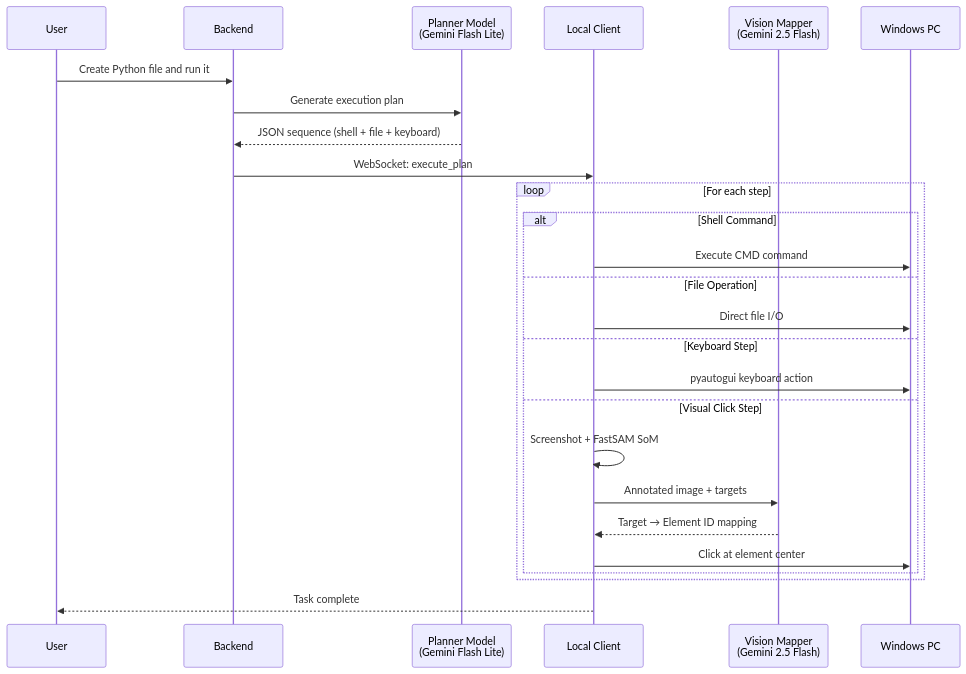
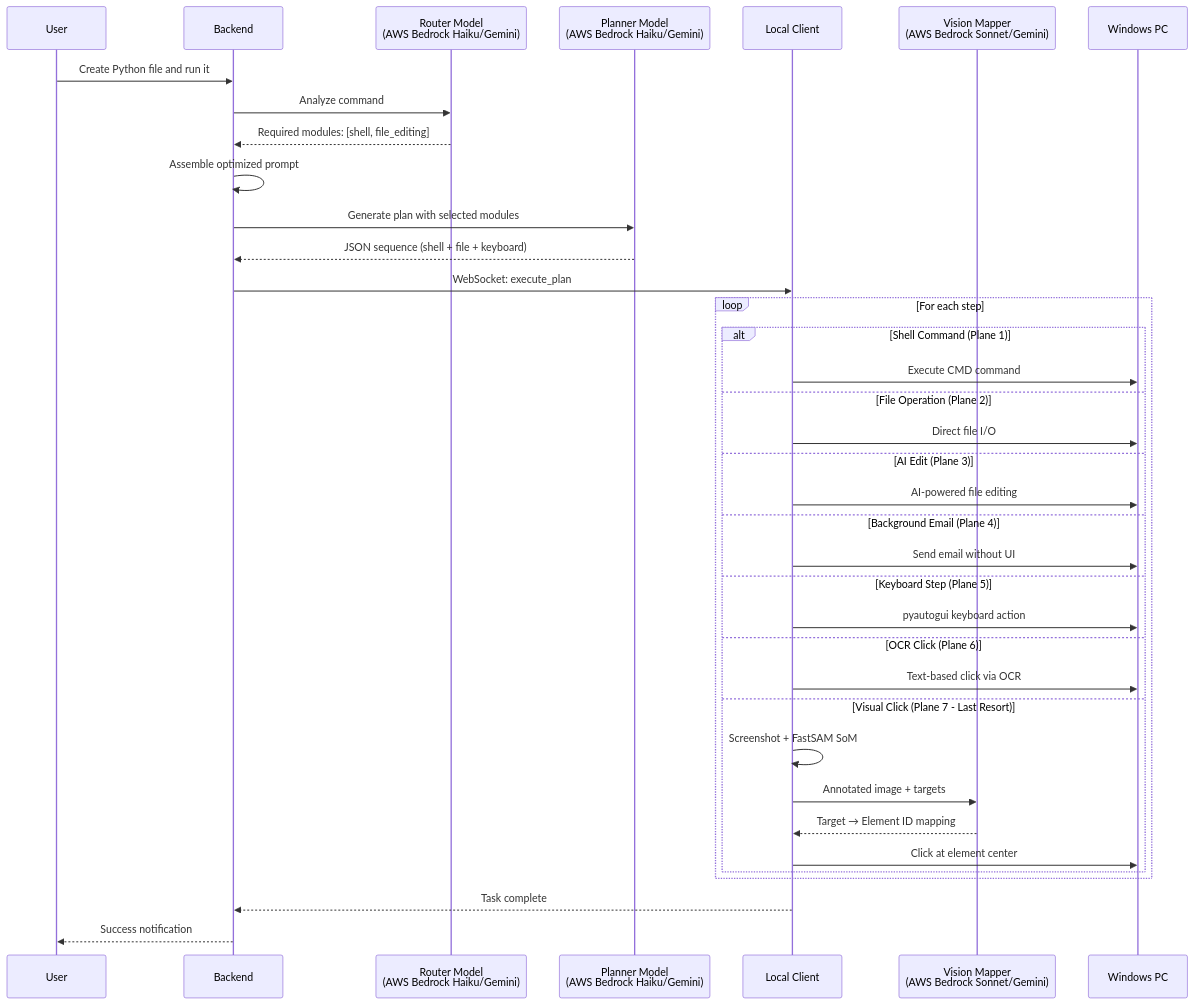
The second of 7 diagrams in README.md (Bada-Don/Jarvis), drawn with Mermaid before and after one commit. The commit also changed other lines of this file and 16 other files, not shown here.

````diff
--- a/README.md
+++ b/README.md
@@ -53,32 +69,43 @@
 ```mermaid
 sequenceDiagram
     participant User
     participant Backend
-    participant Planner as Planner Model<br/>(Gemini Flash Lite)
+    participant Router as Router Model<br/>(AWS Bedrock Haiku/Gemini)
+    participant Planner as Planner Model<br/>(AWS Bedrock Haiku/Gemini)
     participant Client as Local Client
-    participant Vision as Vision Mapper<br/>(Gemini 2.5 Flash)
+    participant Vision as Vision Mapper<br/>(AWS Bedrock Sonnet/Gemini)
     participant PC as Windows PC
 
     User->>Backend: Create Python file and run it
-    Backend->>Planner: Generate execution plan
+    Backend->>Router: Analyze command
+    Router-->>Backend: Required modules: [shell, file_editing]
+    Backend->>Backend: Assemble optimized prompt
+    Backend->>Planner: Generate plan with selected modules
     Planner-->>Backend: JSON sequence (shell + file + keyboard)
     Backend->>Client: WebSocket: execute_plan
     
     loop For each step
-        alt Shell Command
+        alt Shell Command (Plane 1)
             Client->>PC: Execute CMD command
-        else File Operation
+        else File Operation (Plane 2)
             Client->>PC: Direct file I/O
-        else Keyboard Step
+        else AI Edit (Plane 3)
+            Client->>PC: AI-powered file editing
+        else Background Email (Plane 4)
+            Client->>PC: Send email without UI
+        else Keyboard Step (Plane 5)
             Client->>PC: pyautogui keyboard action
-        else Visual Click Step
+        else OCR Click (Plane 6)
+            Client->>PC: Text-based click via OCR
+        else Visual Click (Plane 7 - Last Resort)
             Client->>Client: Screenshot + FastSAM SoM
             Client->>Vision: Annotated image + targets
             Vision-->>Client: Target → Element ID mapping
             Client->>PC: Click at element center
         end
     end
     
-    Client-->>User: Task complete
+    Client-->>Backend: Task complete
+    Backend-->>User: Success notification
 
 ```
````
